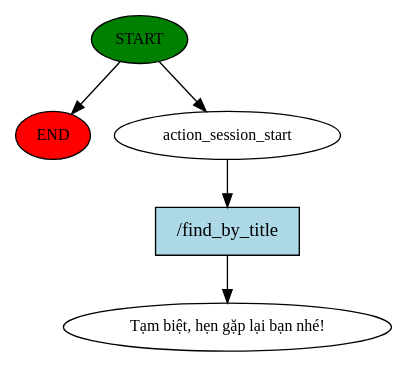
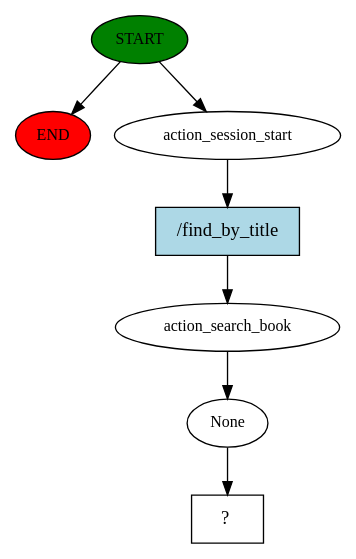
Before and after one commit to truongpvk/CDIO_Book_Store: the diagram in backend/app/chatbot/story_graph.dot, drawn with Graphviz. The commit also changed 430 other files, not shown here.

```diff
--- a/backend/app/chatbot/story_graph.dot
+++ b/backend/app/chatbot/story_graph.dot
@@ -1,11 +1,15 @@
 digraph  {
 0 [class="start active", fillcolor=green, fontsize=12, label=START, style=filled];
 "-1" [class=end, fillcolor=red, fontsize=12, label=END, style=filled];
 1 [class=active, fontsize=12, label=action_session_start];
-2 [class="dashed active", fontsize=12, label="Tạm biệt, hẹn gặp lại bạn nhé!"];
-3 [class="intent active", fillcolor=lightblue, label="/find_by_title", shape=rect, style=filled];
+2 [class=active, fontsize=12, label=action_search_book];
+3 [class=active, fontsize=12, label=None];
+4 [class="intent dashed active", label="  ?  ", shape=rect];
+5 [class="intent active", fillcolor=lightblue, label="/find_by_title", shape=rect, style=filled];
 0 -> "-1"  [class="", key=NONE, label=""];
 0 -> 1  [class=active, key=NONE, label=""];
-1 -> 3  [class=active, key=0];
-3 -> 2  [class=active, key=0];
+1 -> 5  [class=active, key=0];
+2 -> 3  [class=active, key=NONE, label=""];
+3 -> 4  [class=active, key=NONE, label=""];
+5 -> 2  [class=active, key=0];
 }
```
